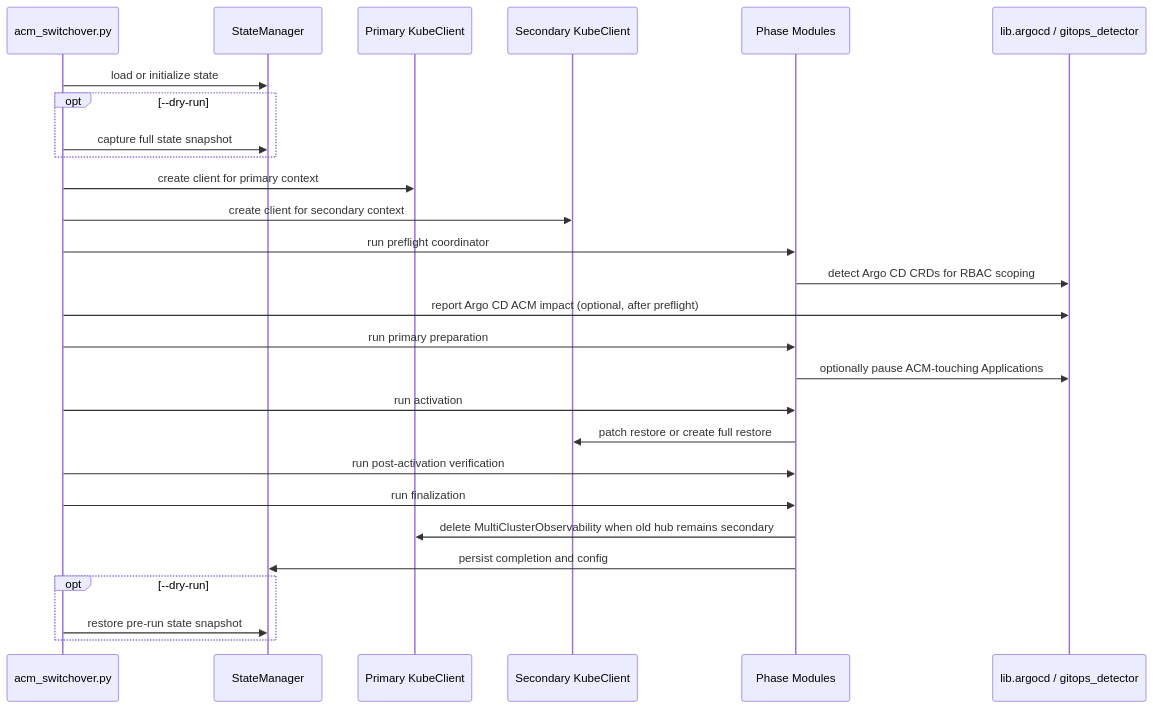
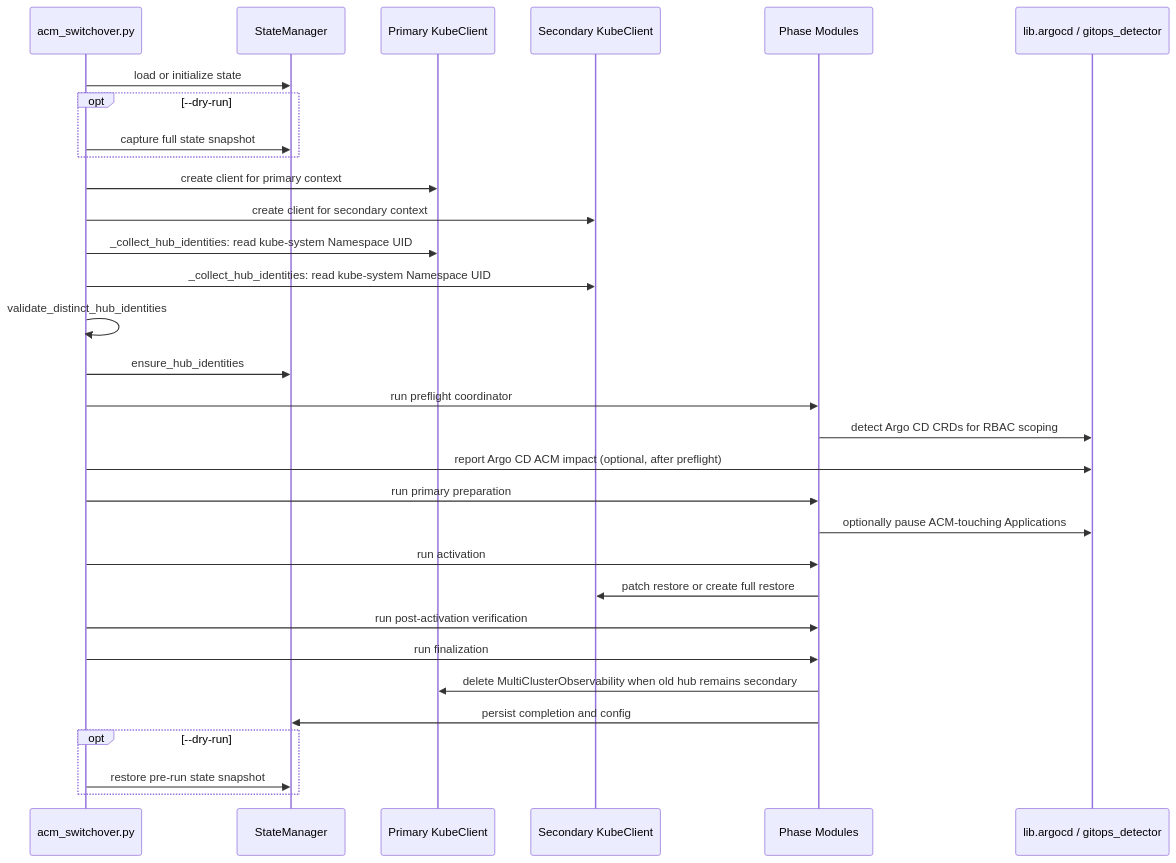
The second of 2 diagrams in docs/development/architecture.md (tomazb/rh-acm-switchover), drawn with Mermaid before and after one commit. The commit also changed other lines of this file and 15 other files, not shown here.

Commit message:
docs: document distinct physical hub validation

````diff
--- a/docs/development/architecture.md
+++ b/docs/development/architecture.md
@@ -390,30 +390,34 @@
 ```mermaid
 sequenceDiagram
     participant CLI as acm_switchover.py
     participant State as StateManager
     participant P as Primary KubeClient
     participant S as Secondary KubeClient
     participant Mods as Phase Modules
     participant Argo as lib.argocd / gitops_detector
 
     CLI->>State: load or initialize state
     opt --dry-run
         CLI->>State: capture full state snapshot
     end
     CLI->>P: create client for primary context
     CLI->>S: create client for secondary context
+    CLI->>P: _collect_hub_identities: read kube-system Namespace UID
+    CLI->>S: _collect_hub_identities: read kube-system Namespace UID
+    CLI->>CLI: validate_distinct_hub_identities
+    CLI->>State: ensure_hub_identities
     CLI->>Mods: run preflight coordinator
     Mods->>Argo: detect Argo CD CRDs for RBAC scoping
     CLI->>Argo: report Argo CD ACM impact (optional, after preflight)
     CLI->>Mods: run primary preparation
     Mods->>Argo: optionally pause ACM-touching Applications
     CLI->>Mods: run activation
     Mods->>S: patch restore or create full restore
     CLI->>Mods: run post-activation verification
     CLI->>Mods: run finalization
     Mods->>P: delete MultiClusterObservability when old hub remains secondary
     Mods->>State: persist completion and config
     opt --dry-run
         CLI->>State: restore pre-run state snapshot
     end
 ```
````
